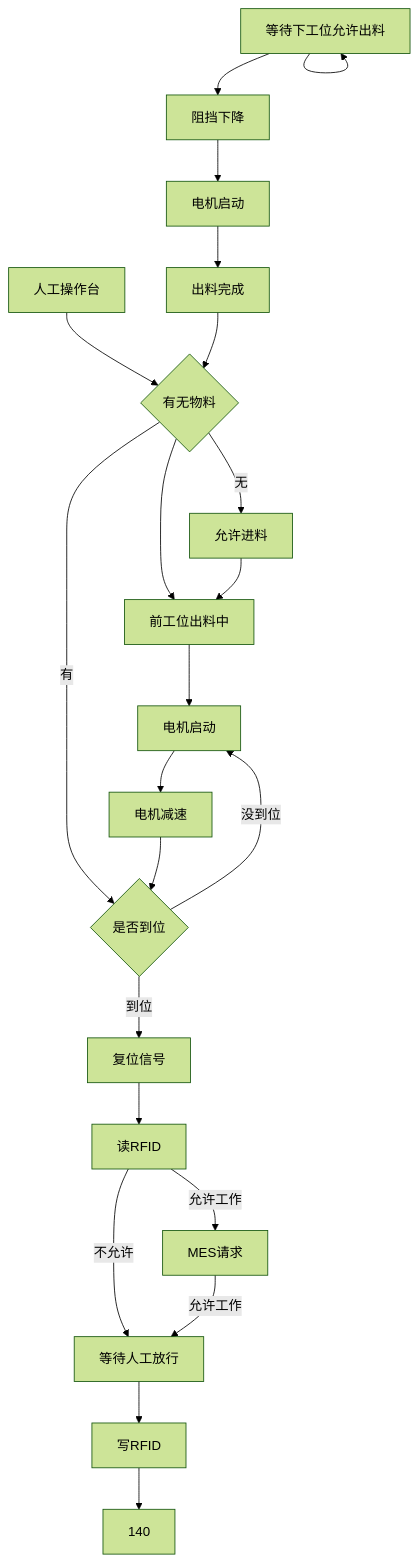
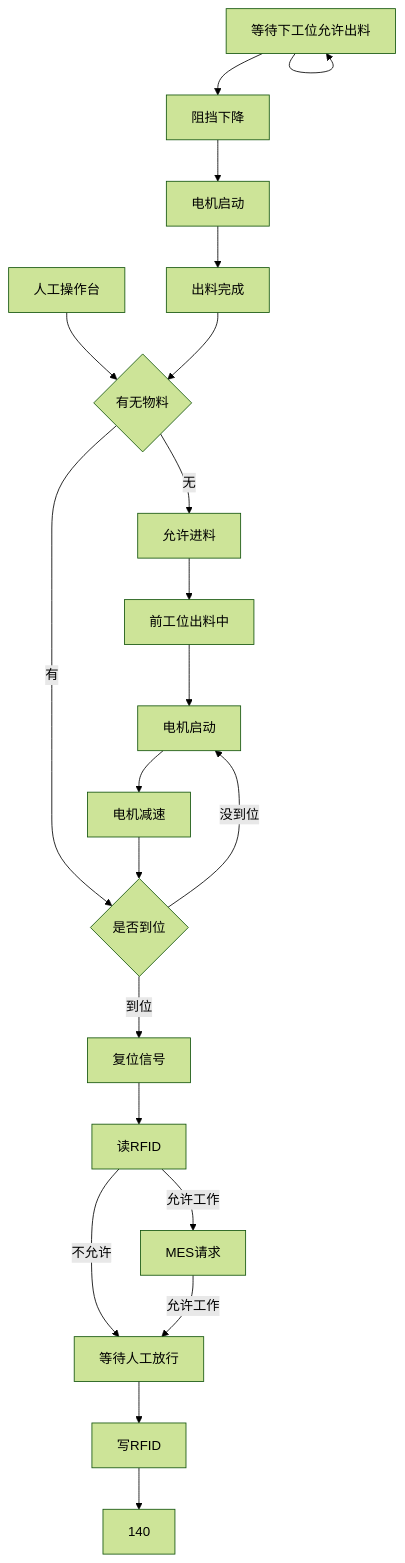
One commit to PengKun1/iodraw-files changed the diagram in all/未命名-4.md. Above: the diagram before and after it, drawn with Mermaid (forest theme).

Commit message:
2024-12-20 14:56:01 update

````diff
--- a/all/未命名-4.md
+++ b/all/未命名-4.md
@@ -1,25 +1,24 @@
 ```mermaid
 graph TD
 0[人工操作台]-->10
-10[阻挡伸出]-->30
+10[阻挡伸出]
 10{有无物料}-->|无|20
 10-->|有|60
 20[允许进料]-->30
 30[前工位出料中]-->40
 40[电机启动]-->50
 50[电机减速]-->60
 60{是否到位}-->|到位|70
 60-->|没到位|40
 70[复位信号]-->80
 80[读RFID]-->|允许工作|90
 80-->|不允许|120
 90[MES请求]-->|允许工作|120
-
 120[等待人工放行]-->130
 130[写RFID]-->140
 150[MES上传]-->150
 150[等待下工位允许出料]-->160
 160[阻挡下降]-->170
 170[电机启动]-->180
 180[出料完成]-->10
 ```
````
